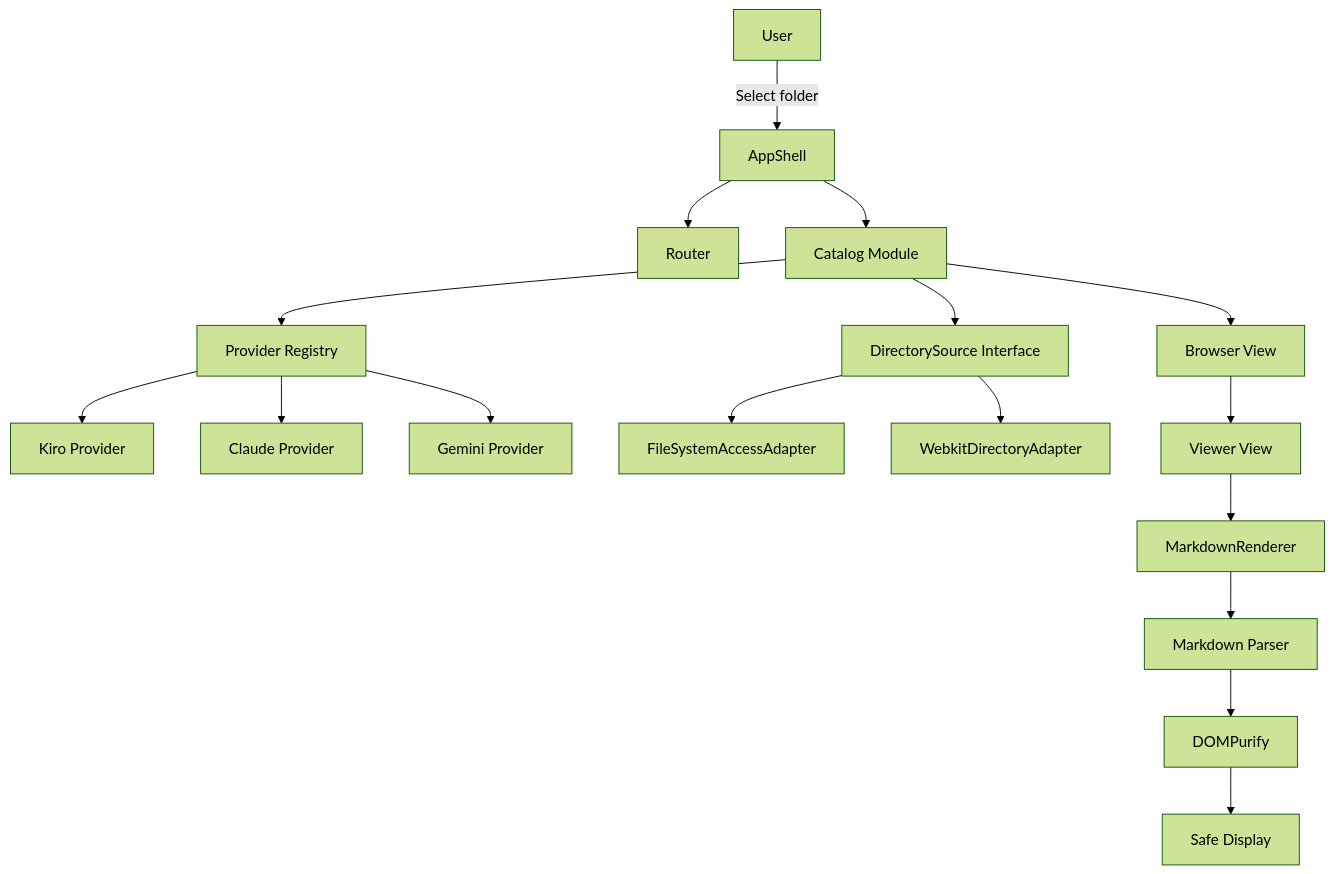
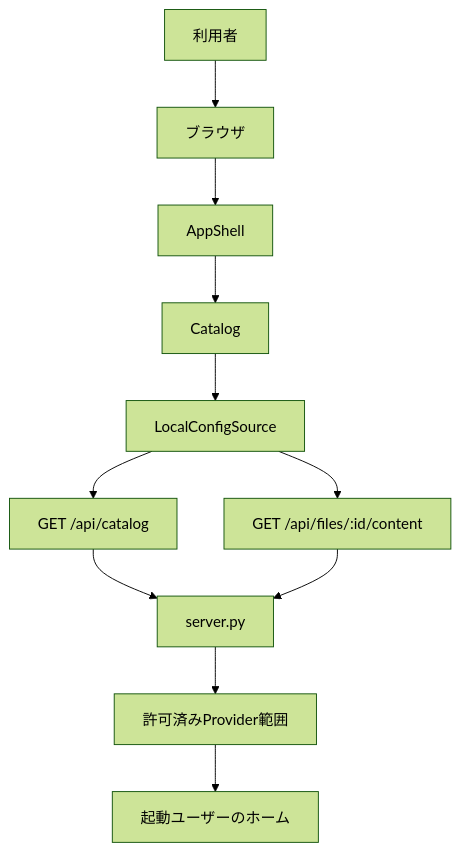
Before and after one commit to xzyozi/agent-config-viewer: the diagram in docs/design/ACV-BD-001_基本設計書.md, drawn with Mermaid (forest theme). The commit also changed other lines of this file, not shown here.

````diff
--- a/docs/design/ACV-BD-001_基本設計書.md
+++ b/docs/design/ACV-BD-001_基本設計書.md
@@ -59,19 +30,13 @@
 ```mermaid
 flowchart TD
-    User[User] -->|Select folder| AppShell[AppShell]
-    AppShell --> Router[Router]
-    AppShell --> Catalog[Catalog Module]
-    Catalog --> Providers[Provider Registry]
-    Providers --> Kiro[Kiro Provider]
-    Providers --> Claude[Claude Provider]
-    Providers --> Gemini[Gemini Provider]
-    Catalog --> Source[DirectorySource Interface]
-    Source --> FsAdapter[FileSystemAccessAdapter]
-    Source --> FallbackAdapter[WebkitDirectoryAdapter]
-    Catalog --> BrowserView[Browser View]
-    BrowserView --> ViewerView[Viewer View]
-    ViewerView --> Renderer[MarkdownRenderer]
-    Renderer --> Parser[Markdown Parser]
-    Parser --> Sanitizer[DOMPurify]
-    Sanitizer --> Display[Safe Display]
+    User[利用者] --> Browser[ブラウザ]
+    Browser --> AppShell[AppShell]
+    AppShell --> Catalog[Catalog]
+    Catalog --> Source[LocalConfigSource]
+    Source --> CatalogApi[GET /api/catalog]
+    Source --> ContentApi[GET /api/files/:id/content]
+    CatalogApi --> Server[server.py]
+    ContentApi --> Server
+    Server --> Allowlist[許可済みProvider範囲]
+    Allowlist --> Home[起動ユーザーのホーム]
 ```
````
